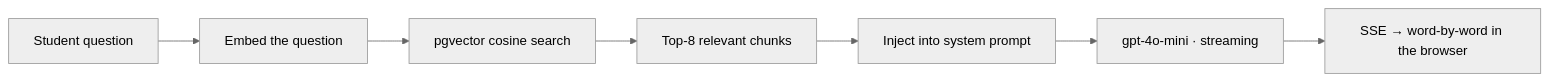
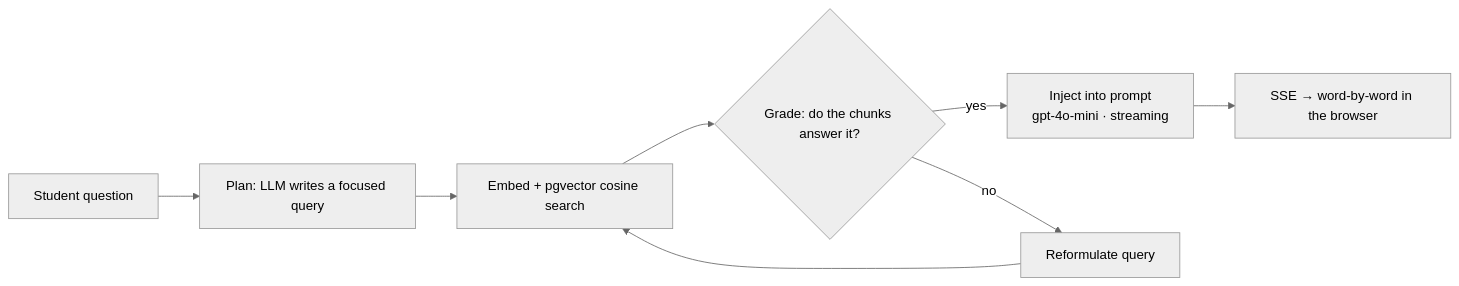
Before and after one commit to ashimaryal25-ops/ask-jack: the second of 2 diagrams in README.md, drawn with Mermaid (neutral theme). The commit also changed other lines of this file, not shown here.

````diff
--- a/README.md
+++ b/README.md
@@ -49,9 +55,10 @@
 ```mermaid
 flowchart LR
-  A[Student question] --> B[Embed the question]
-  B --> C[pgvector cosine search]
-  C --> D[Top-8 relevant chunks]
-  D --> E[Inject into system prompt]
-  E --> F[gpt-4o-mini · streaming]
+  A[Student question] --> B[Plan: LLM writes a focused query]
+  B --> C[Embed + pgvector cosine search]
+  C --> D{Grade: do the chunks answer it?}
+  D -->|yes| F[Inject into prompt<br/>gpt-4o-mini · streaming]
+  D -->|no| E[Reformulate query]
+  E --> C
   F --> G[SSE → word-by-word in the browser]
 ```
````
